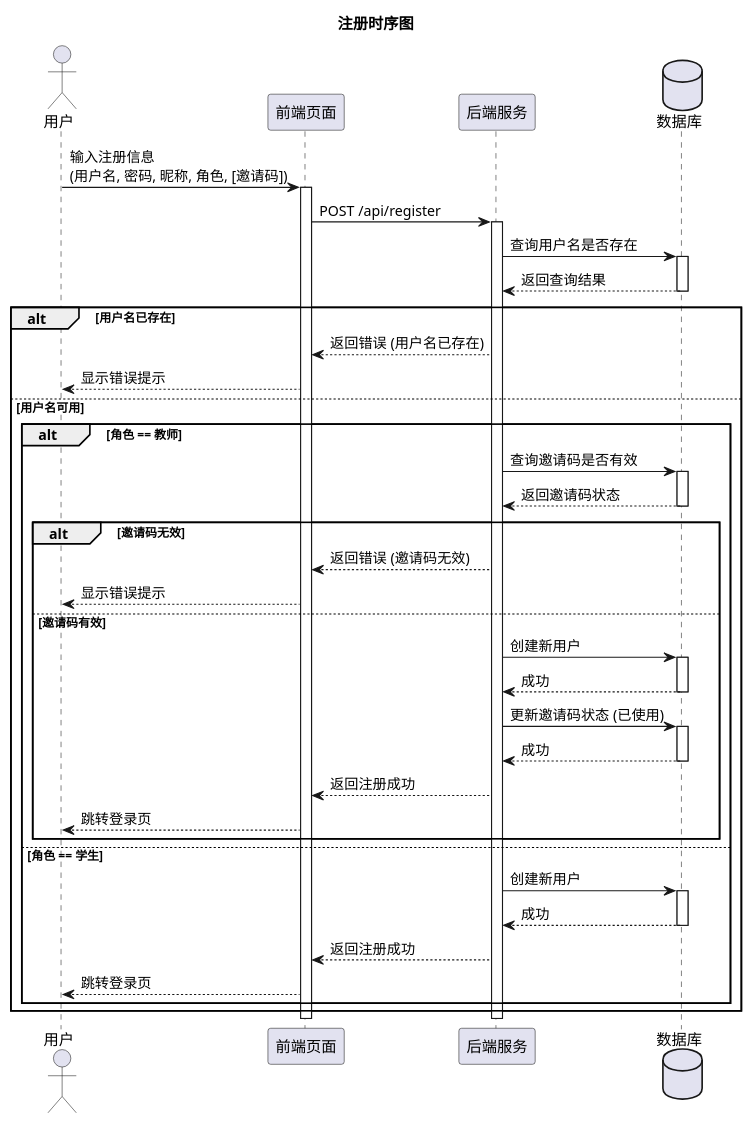
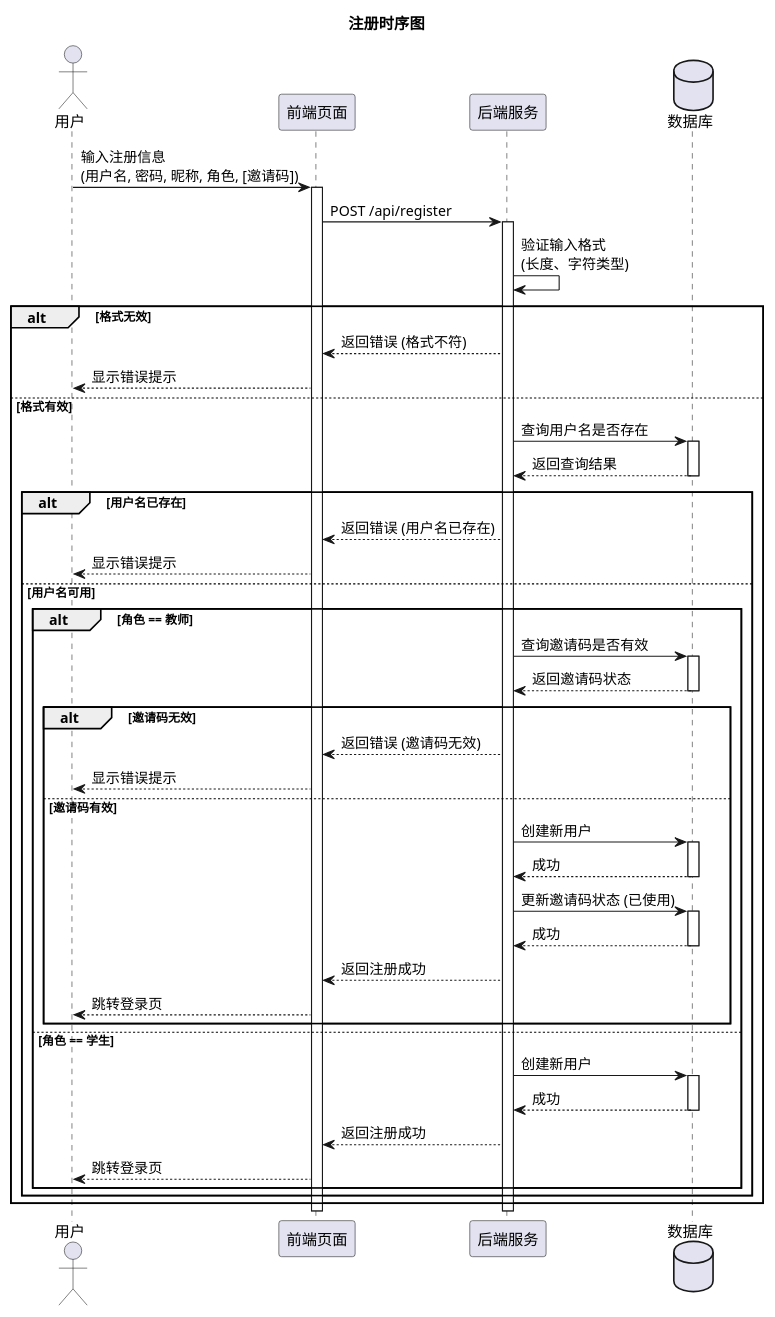
Before and after one commit to UserKei/Edu-Hub: the diagram in puml/Sequence/Register.puml, drawn with PlantUML. The commit also changed 3 other files, not shown here.

```diff
--- a/puml/Sequence/Register.puml
+++ b/puml/Sequence/Register.puml
@@ -1,63 +1,70 @@
 @startuml 注册时序图
 title 注册时序图
 
 actor User as "用户"
 participant Frontend as "前端页面"
 participant Backend as "后端服务"
 database DB as "数据库"
 
 User -> Frontend: 输入注册信息\n(用户名, 密码, 昵称, 角色, [邀请码])
 activate Frontend
 
 Frontend -> Backend: POST /api/register
 activate Backend
 
-Backend -> DB: 查询用户名是否存在
-activate DB
-DB --> Backend: 返回查询结果
-deactivate DB
+Backend -> Backend: 验证输入格式\n(长度、字符类型)
+alt 格式无效
+    Backend --> Frontend: 返回错误 (格式不符)
+    Frontend --> User: 显示错误提示
+else 格式有效
 
-alt 用户名已存在
-    Backend --> Frontend: 返回错误 (用户名已存在)
-    Frontend --> User: 显示错误提示
-else 用户名可用
+    Backend -> DB: 查询用户名是否存在
+    activate DB
+    DB --> Backend: 返回查询结果
+    deactivate DB
 
-    alt 角色 == 教师
-        Backend -> DB: 查询邀请码是否有效
-        activate DB
-        DB --> Backend: 返回邀请码状态
-        deactivate DB
-        
-        alt 邀请码无效
-            Backend --> Frontend: 返回错误 (邀请码无效)
-            Frontend --> User: 显示错误提示
-        else 邀请码有效
-            Backend -> DB: 创建新用户
+    alt 用户名已存在
+        Backend --> Frontend: 返回错误 (用户名已存在)
+        Frontend --> User: 显示错误提示
+    else 用户名可用
+
+        alt 角色 == 教师
+            Backend -> DB: 查询邀请码是否有效
             activate DB
-            DB --> Backend: 成功
+            DB --> Backend: 返回邀请码状态
             deactivate DB
             
-            Backend -> DB: 更新邀请码状态 (已使用)
+            alt 邀请码无效
+                Backend --> Frontend: 返回错误 (邀请码无效)
+                Frontend --> User: 显示错误提示
+            else 邀请码有效
+                Backend -> DB: 创建新用户
+                activate DB
+                DB --> Backend: 成功
+                deactivate DB
+                
+                Backend -> DB: 更新邀请码状态 (已使用)
+                activate DB
+                DB --> Backend: 成功
+                deactivate DB
+                
+                Backend --> Frontend: 返回注册成功
+                Frontend --> User: 跳转登录页
+            end
+        else 角色 == 学生
+            Backend -> DB: 创建新用户
             activate DB
             DB --> Backend: 成功
             deactivate DB
             
             Backend --> Frontend: 返回注册成功
             Frontend --> User: 跳转登录页
         end
-    else 角色 == 学生
-        Backend -> DB: 创建新用户
-        activate DB
-        DB --> Backend: 成功
-        deactivate DB
-        
-        Backend --> Frontend: 返回注册成功
-        Frontend --> User: 跳转登录页
+
     end
-
 end
 
 deactivate Backend
 deactivate Frontend
 
 @enduml
```
